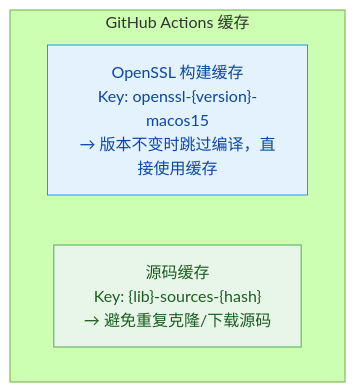
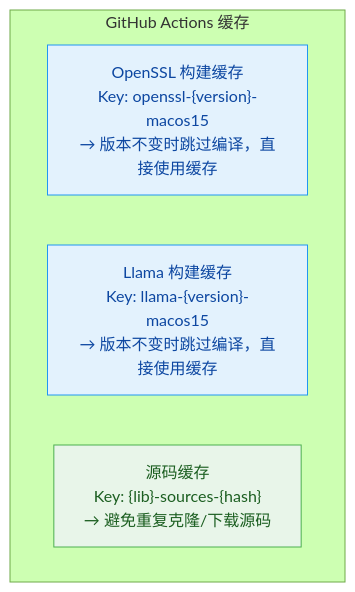
The second of 2 diagrams in README_CN.md (foxterm/xcframework_build), drawn with Mermaid (forest theme) before and after one commit. The commit also changed other lines of this file and 5 other files, not shown here.

````diff
--- a/README_CN.md
+++ b/README_CN.md
@@ -69,10 +71,12 @@
 ```mermaid
 graph TD
     subgraph "GitHub Actions 缓存"
         O["OpenSSL 构建缓存\nKey: openssl-{version}-macos15\n→ 版本不变时跳过编译，直接使用缓存"]
+        L["Llama 构建缓存\nKey: llama-{version}-macos15\n→ 版本不变时跳过编译，直接使用缓存"]
         S["源码缓存\nKey: {lib}-sources-{hash}\n→ 避免重复克隆/下载源码"]
     end
 
     style O fill:#e3f2fd,stroke:#2196f3,color:#0d47a1
+    style L fill:#e3f2fd,stroke:#2196f3,color:#0d47a1
     style S fill:#e8f5e9,stroke:#4caf50,color:#1b5e20
 ```
````
